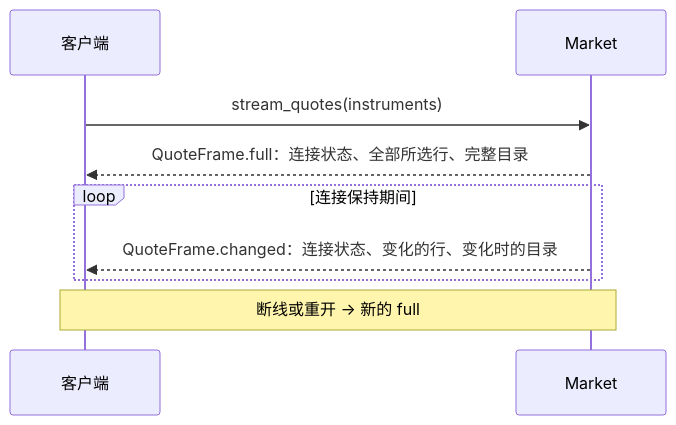
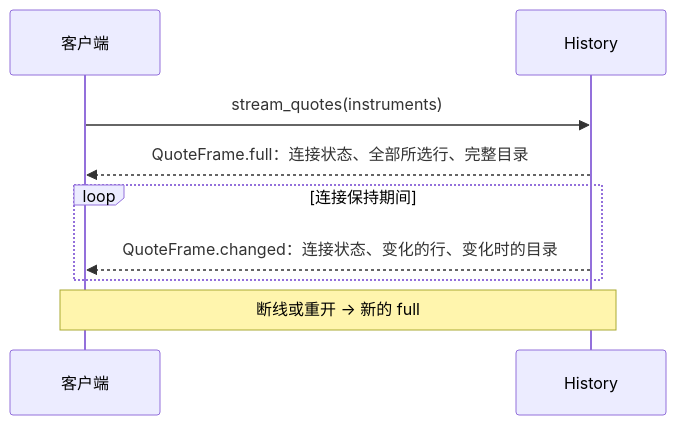
One commit to isqiwen/asterion-terminal changed the first of 2 diagrams in docs/protocol.md. Above: the diagram before and after it, drawn with Mermaid. The commit also changed other lines of this file and 230 other files, not shown here.

First line of the commit message:
M3.85: rename Market to History

````diff
--- a/docs/protocol.md
+++ b/docs/protocol.md
@@ -122,11 +122,11 @@
 ```mermaid
 sequenceDiagram
     participant Client as 客户端
-    participant Market
-    Client->>Market: stream_quotes(instruments)
-    Market-->>Client: QuoteFrame.full：连接状态、全部所选行、完整目录
+    participant History
+    Client->>History: stream_quotes(instruments)
+    History-->>Client: QuoteFrame.full：连接状态、全部所选行、完整目录
     loop 连接保持期间
-        Market-->>Client: QuoteFrame.changed：连接状态、变化的行、变化时的目录
+        History-->>Client: QuoteFrame.changed：连接状态、变化的行、变化时的目录
     end
-    Note over Client,Market: 断线或重开 → 新的 full
+    Note over Client,History: 断线或重开 → 新的 full
 ```
````
